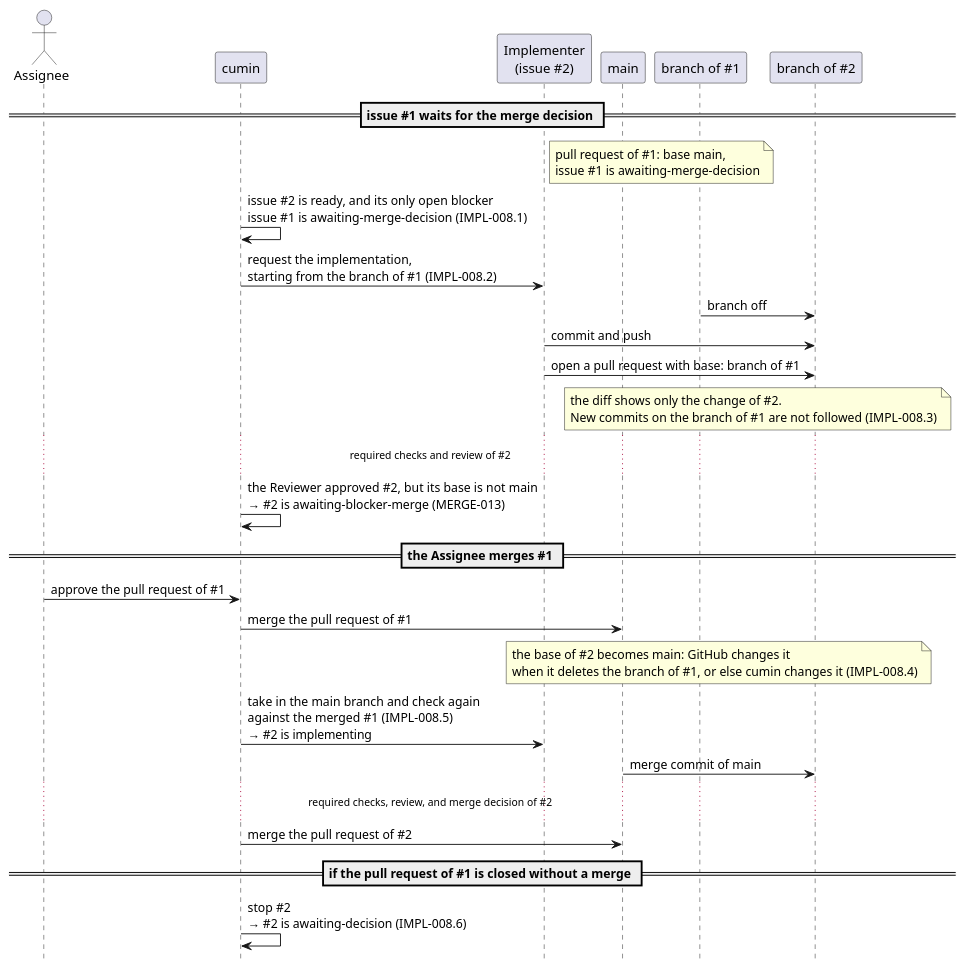
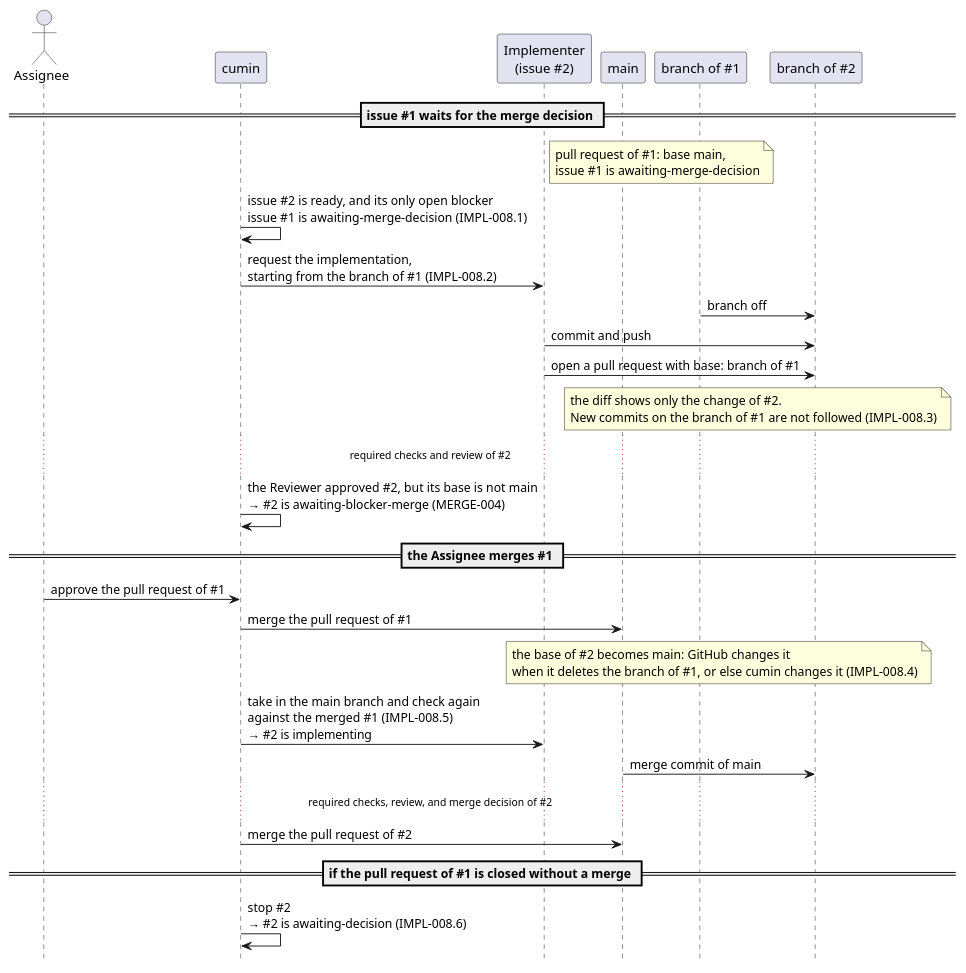
One commit to cloveclovedev/cumin-works changed the diagram in docs/ja/requirements/impl/start-from-awaiting-merge-decision.puml. Above: the diagram before and after it, drawn with PlantUML. The commit also changed 9 other files, not shown here.

```diff
--- a/docs/ja/requirements/impl/start-from-awaiting-merge-decision.puml
+++ b/docs/ja/requirements/impl/start-from-awaiting-merge-decision.puml
@@ -1,46 +1,46 @@
 @startuml start-from-awaiting-merge-decision
 ' cumin-works - an implementation issue that starts from the branch of a pull request
-' that waits for the merge decision (IMPL-008, MERGE-013).
+' that waits for the merge decision (IMPL-008, MERGE-004).
 ' Issue #1 is the blocker. Issue #2 is blocked by #1 and starts from the branch of #1.
 ' Render: run scripts/render-diagrams.sh at the root of the repository.
 
 hide footbox
 
 actor "Assignee" as Assignee
 participant "cumin" as Cumin
 participant "Implementer\n(issue #2)" as Impl
 participant "main" as Main
 participant "branch of #1" as B1
 participant "branch of #2" as B2
 
 == issue #1 waits for the merge decision ==
 
 note over Main, B1 : pull request of #1: base main,\nissue #1 is awaiting-merge-decision
 Cumin -> Cumin : issue #2 is ready, and its only open blocker\nissue #1 is awaiting-merge-decision (IMPL-008.1)
 Cumin -> Impl : request the implementation,\nstarting from the branch of #1 (IMPL-008.2)
 B1 -> B2 : branch off
 Impl -> B2 : commit and push
 Impl -> B2 : open a pull request with base: branch of #1
 note over B1, B2 : the diff shows only the change of #2.\nNew commits on the branch of #1 are not followed (IMPL-008.3)
 
 ... required checks and review of #2 ...
 
-Cumin -> Cumin : the Reviewer approved #2, but its base is not main\n→ #2 is awaiting-blocker-merge (MERGE-013)
+Cumin -> Cumin : the Reviewer approved #2, but its base is not main\n→ #2 is awaiting-blocker-merge (MERGE-004)
 
 == the Assignee merges #1 ==
 
 Assignee -> Cumin : approve the pull request of #1
 Cumin -> Main : merge the pull request of #1
 note over Main, B2 : the base of #2 becomes main: GitHub changes it\nwhen it deletes the branch of #1, or else cumin changes it (IMPL-008.4)
 Cumin -> Impl : take in the main branch and check again\nagainst the merged #1 (IMPL-008.5)\n→ #2 is implementing
 Main -> B2 : merge commit of main
 
 ... required checks, review, and merge decision of #2 ...
 
 Cumin -> Main : merge the pull request of #2
 
 == if the pull request of #1 is closed without a merge ==
 
 Cumin -> Cumin : stop #2\n→ #2 is awaiting-decision (IMPL-008.6)
 
 @enduml
```
